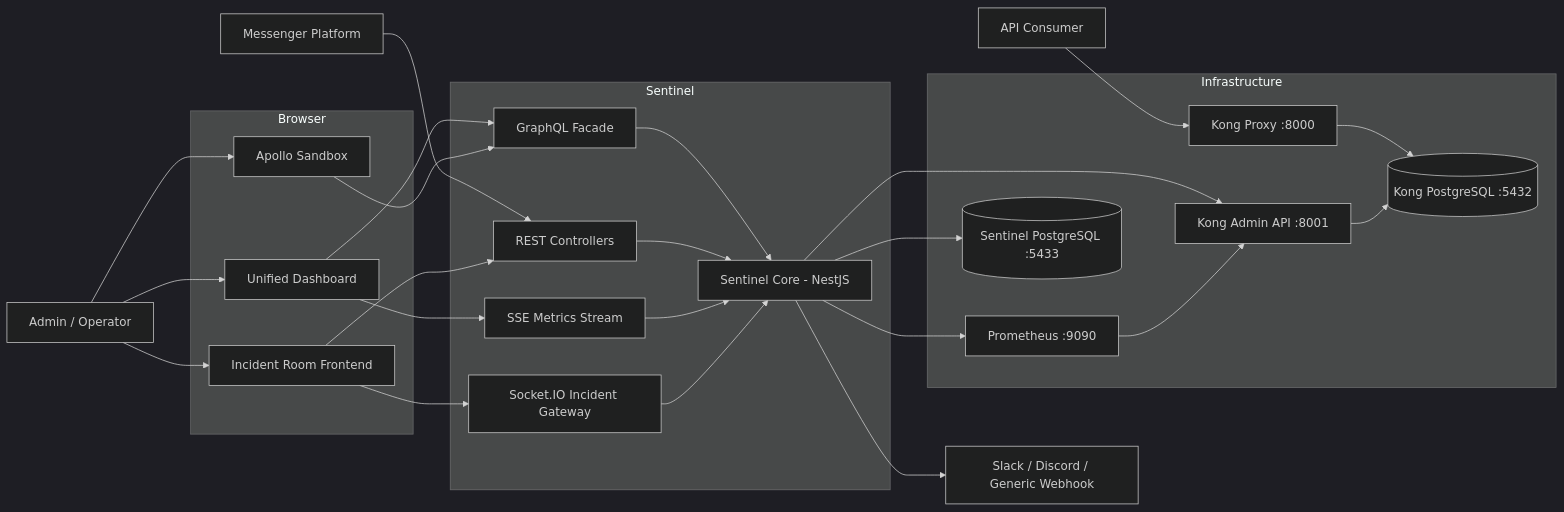
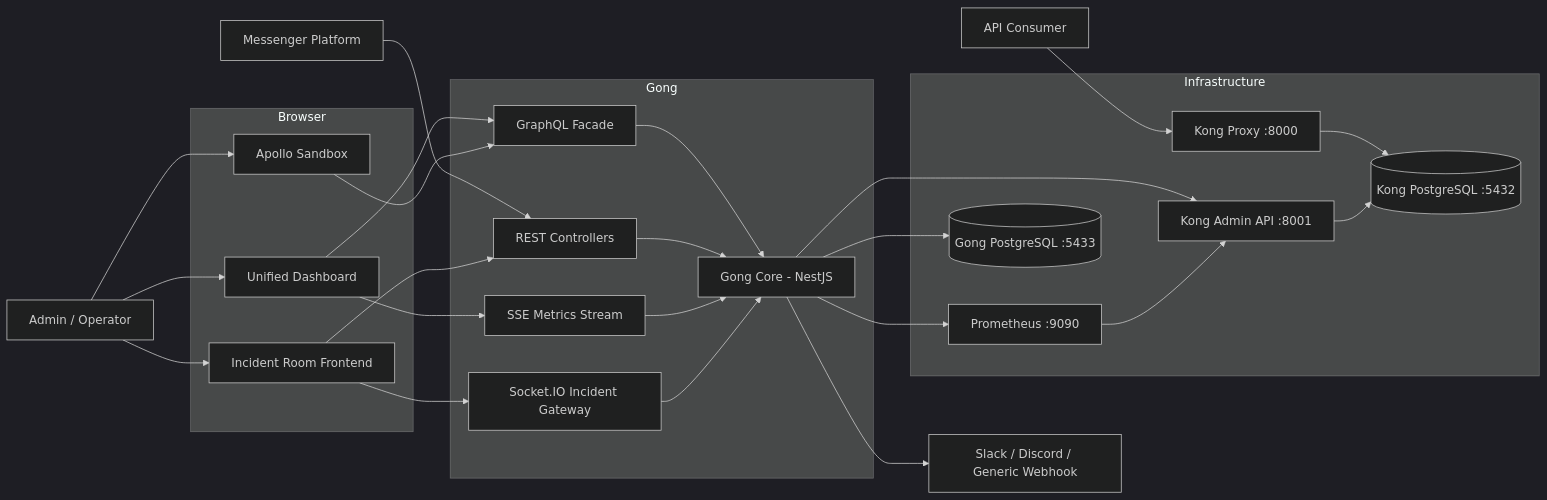
Before and after one commit to WEB-TEAM-2526-GL3/Gong-Gateway: the first of 17 diagrams in ARCHITECTUR.md, drawn with Mermaid (dark theme). The commit also changed other lines of this file and 165 other files, not shown here.

````diff
--- a/ARCHITECTUR.md
+++ b/ARCHITECTUR.md
@@ -13,55 +13,55 @@
 ```mermaid
 flowchart LR
   Operator[Admin / Operator]
   ExternalUser[API Consumer]
   Messenger[Messenger Platform]
   WebhookTarget[Slack / Discord / Generic Webhook]
 
   subgraph Browser
     Dashboard[Unified Dashboard]
     IncidentRoom[Incident Room Frontend]
     Apollo[Apollo Sandbox]
   end
 
-  subgraph Sentinel
-    Core[Sentinel Core - NestJS]
+  subgraph Gong
+    Core[Gong Core - NestJS]
     GraphQL[GraphQL Facade]
     REST[REST Controllers]
     SSE[SSE Metrics Stream]
     WS[Socket.IO Incident Gateway]
   end
 
   subgraph Infrastructure
     KongProxy[Kong Proxy :8000]
     KongAdmin[Kong Admin API :8001]
     Prometheus[Prometheus :9090]
-    SentinelDB[(Sentinel PostgreSQL :5433)]
+    SentinelDB[(Gong PostgreSQL :5433)]
     KongDB[(Kong PostgreSQL :5432)]
   end
 
   Operator --> Dashboard
   Operator --> IncidentRoom
   Operator --> Apollo
   ExternalUser --> KongProxy
   Messenger --> REST
 
   Dashboard --> GraphQL
   Dashboard --> SSE
   IncidentRoom --> REST
   IncidentRoom --> WS
   Apollo --> GraphQL
 
   GraphQL --> Core
   REST --> Core
   SSE --> Core
   WS --> Core
 
   Core --> SentinelDB
   Core --> KongAdmin
   Core --> Prometheus
   Core --> WebhookTarget
 
   KongProxy --> KongDB
   KongAdmin --> KongDB
   Prometheus --> KongAdmin
 ```
````
